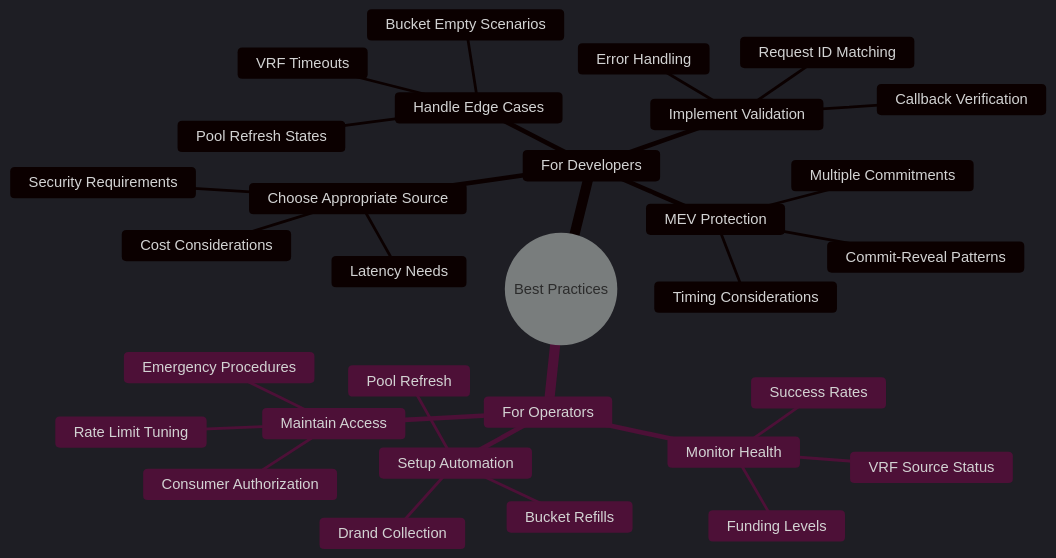
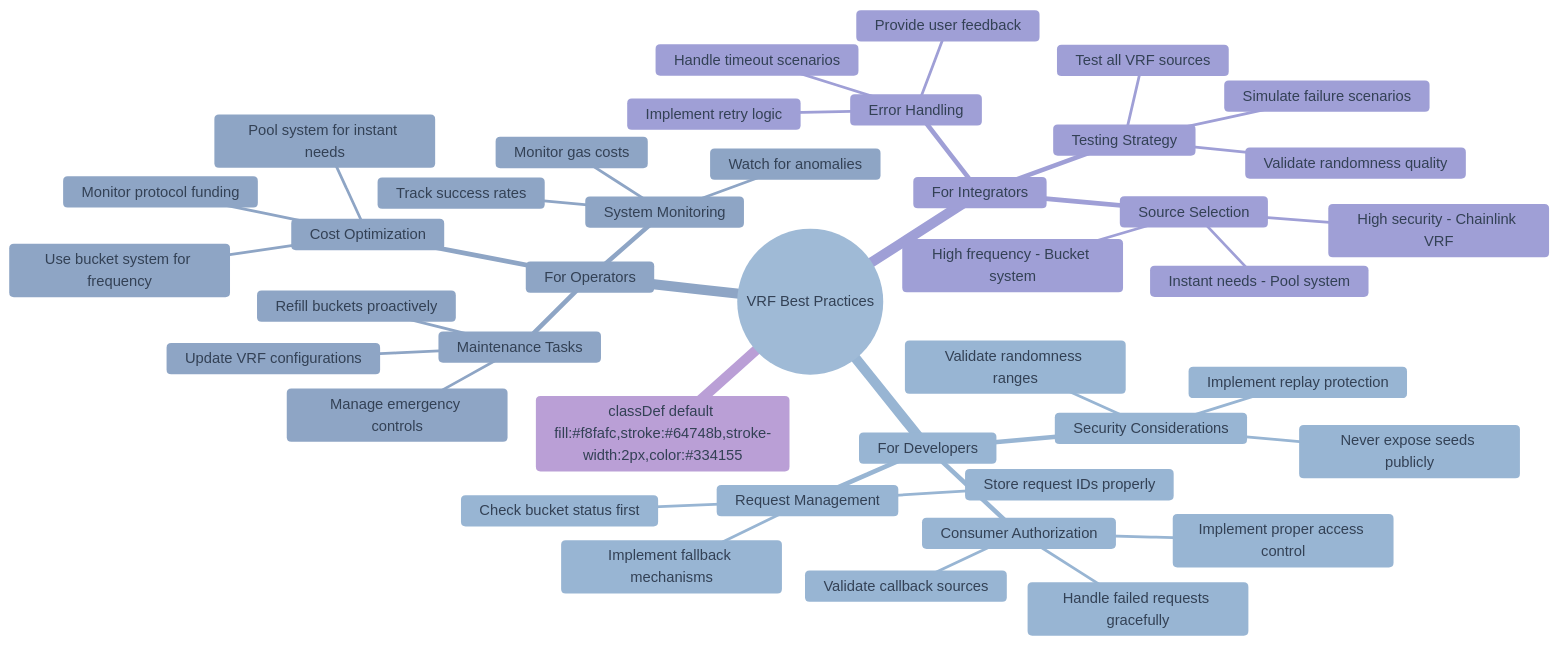
One commit to wenakita/sonicreddragon-docs changed the seventh of 7 diagrams in docs/contracts/randomness/overview.md. Above: the diagram before and after it, drawn with Mermaid. The commit also changed other lines of this file and 3 other files, not shown here.

````diff
--- a/docs/contracts/randomness/overview.md
+++ b/docs/contracts/randomness/overview.md
@@ -440,42 +359,57 @@
 ```mermaid
 %%{init: {
-  'theme': 'dark',
+  'theme': 'base',
   'themeVariables': {
-    'primaryColor': '#65a30d',
-    'primaryTextColor': '#f8fafc',
-    'lineColor': '#64748b'
+    'primaryColor': '#f8fafc',
+    'primaryTextColor': '#334155',
+    'primaryBorderColor': '#64748b',
+    'lineColor': '#64748b',
+    'secondaryColor': '#f1f5f9',
+    'tertiaryColor': '#e2e8f0'
   }
 }}%%
+
 mindmap
-  root((Best Practices))
+  root((VRF Best Practices))
     For Developers
-      Choose Appropriate Source
-        Security Requirements
-        Cost Considerations
-        Latency Needs
-      Implement Validation
-        Callback Verification
-        Request ID Matching
-        Error Handling
-      Handle Edge Cases
-        Bucket Empty Scenarios
-        Pool Refresh States
-        VRF Timeouts
-      MEV Protection
-        Commit-Reveal Patterns
-        Timing Considerations
-        Multiple Commitments
+      Consumer Authorization
+        Implement proper access control
+        Validate callback sources
+        Handle failed requests gracefully
+      Request Management
+        Check bucket status first
+        Implement fallback mechanisms
+        Store request IDs properly
+      Security Considerations
+        Never expose seeds publicly
+        Validate randomness ranges
+        Implement replay protection
     For Operators
-      Monitor Health
-        VRF Source Status
-        Funding Levels
-        Success Rates
-      Setup Automation
-        Drand Collection
-        Pool Refresh
-        Bucket Refills
-      Maintain Access
-        Consumer Authorization
-        Rate Limit Tuning
-        Emergency Procedures
+      System Monitoring
+        Track success rates
+        Monitor gas costs
+        Watch for anomalies
+      Maintenance Tasks
+        Refill buckets proactively
+        Update VRF configurations
+        Manage emergency controls
+      Cost Optimization
+        Use bucket system for frequency
+        Pool system for instant needs
+        Monitor protocol funding
+    For Integrators
+      Source Selection
+        High security - Chainlink VRF
+        High frequency - Bucket system
+        Instant needs - Pool system
+      Error Handling
+        Implement retry logic
+        Handle timeout scenarios
+        Provide user feedback
+      Testing Strategy
+        Test all VRF sources
+        Simulate failure scenarios
+        Validate randomness quality
+
+    classDef default fill:#f8fafc,stroke:#64748b,stroke-width:2px,color:#334155
 ```
````
